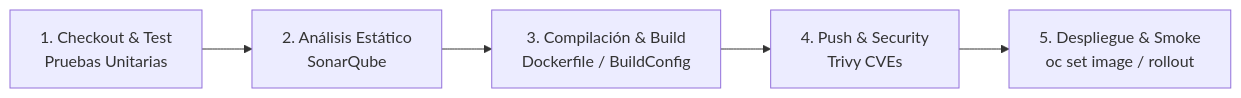
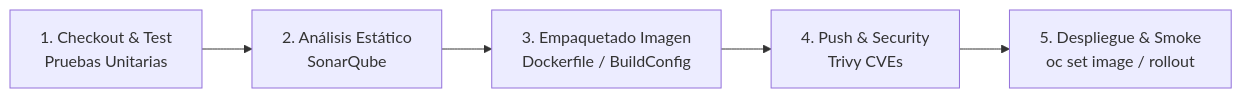
One commit to ieftraining/curso-openshift changed the first of 6 diagrams in docs/sesion4/4.7 Opciones de automatizacion.md. Above: the diagram before and after it, drawn with Mermaid. The commit also changed other lines of this file, not shown here.

````diff
--- a/docs/sesion4/4.7 Opciones de automatizacion.md
+++ b/docs/sesion4/4.7 Opciones de automatizacion.md
@@ -21,7 +21,7 @@
 ```mermaid
 flowchart LR
     A[1. Checkout & Test<br>Pruebas Unitarias] --> B[2. Análisis Estático<br>SonarQube]
-    B --> C[3. Compilación & Build<br>Dockerfile / BuildConfig]
+    B --> C[3. Empaquetado Imagen<br>Dockerfile / BuildConfig]
     C --> D[4. Push & Security<br>Trivy CVEs]
     D --> E[5. Despliegue & Smoke<br>oc set image / rollout]
 ```
````
